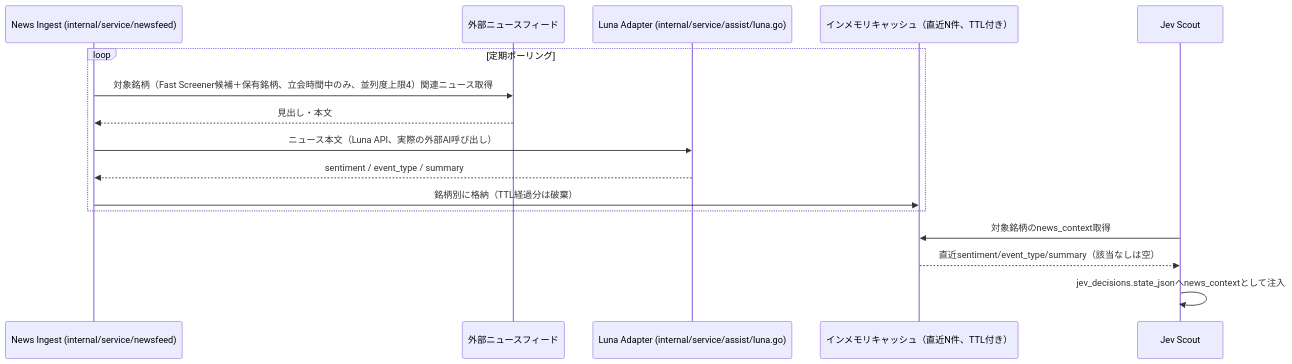
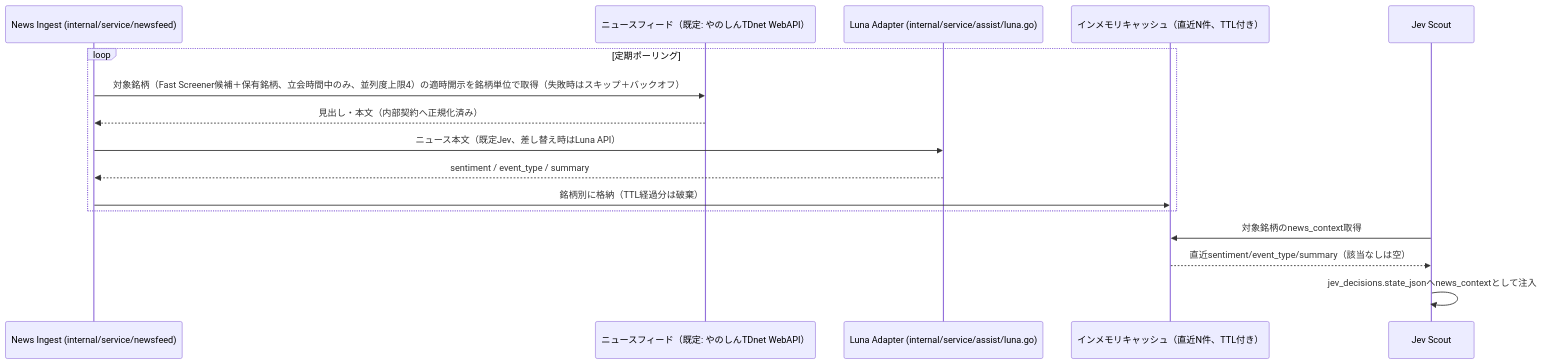
Before and after one commit to ousiassllc/pitha-trador: the fourth of 4 diagrams in docs/architecture/overview/integrations.md, drawn with Mermaid. The commit also changed other lines of this file and 49 other files, not shown here.

````diff
--- a/docs/architecture/overview/integrations.md
+++ b/docs/architecture/overview/integrations.md
@@ -167,19 +169,19 @@
 ```mermaid
 sequenceDiagram
     participant NF as News Ingest (internal/service/newsfeed)
-    participant FEED as 外部ニュースフィード
+    participant FEED as ニュースフィード（既定: やのしんTDnet WebAPI）
     participant LUNA as Luna Adapter (internal/service/assist/luna.go)
     participant CACHE as インメモリキャッシュ（直近N件、TTL付き）
     participant SCOUT as Jev Scout
 
     loop 定期ポーリング
-        NF->>FEED: 対象銘柄（Fast Screener候補＋保有銘柄、立会時間中のみ、並列度上限4）関連ニュース取得
-        FEED-->>NF: 見出し・本文
-        NF->>LUNA: ニュース本文（Luna API、実際の外部AI呼び出し）
+        NF->>FEED: 対象銘柄（Fast Screener候補＋保有銘柄、立会時間中のみ、並列度上限4）の適時開示を銘柄単位で取得（失敗時はスキップ＋バックオフ）
+        FEED-->>NF: 見出し・本文（内部契約へ正規化済み）
+        NF->>LUNA: ニュース本文（既定Jev、差し替え時はLuna API）
         LUNA-->>NF: sentiment / event_type / summary
         NF->>CACHE: 銘柄別に格納（TTL経過分は破棄）
     end
     SCOUT->>CACHE: 対象銘柄のnews_context取得
     CACHE-->>SCOUT: 直近sentiment/event_type/summary（該当なしは空）
     SCOUT->>SCOUT: jev_decisions.state_jsonへnews_contextとして注入
 ```
````
